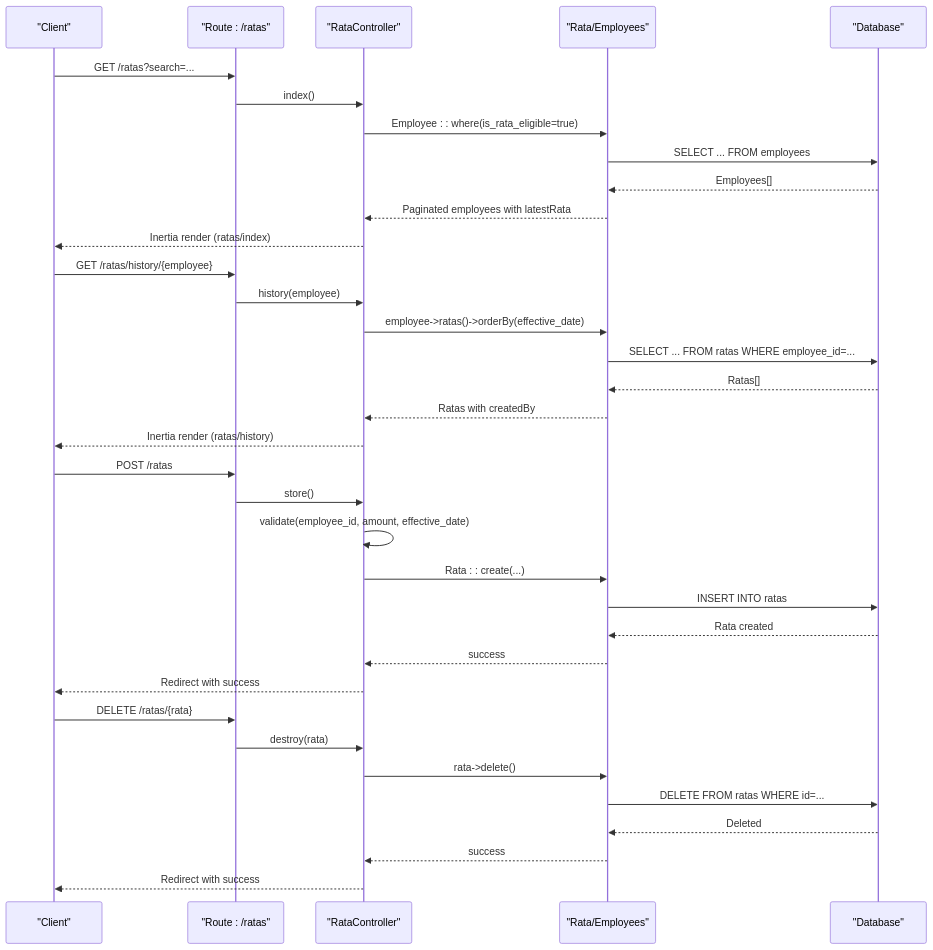
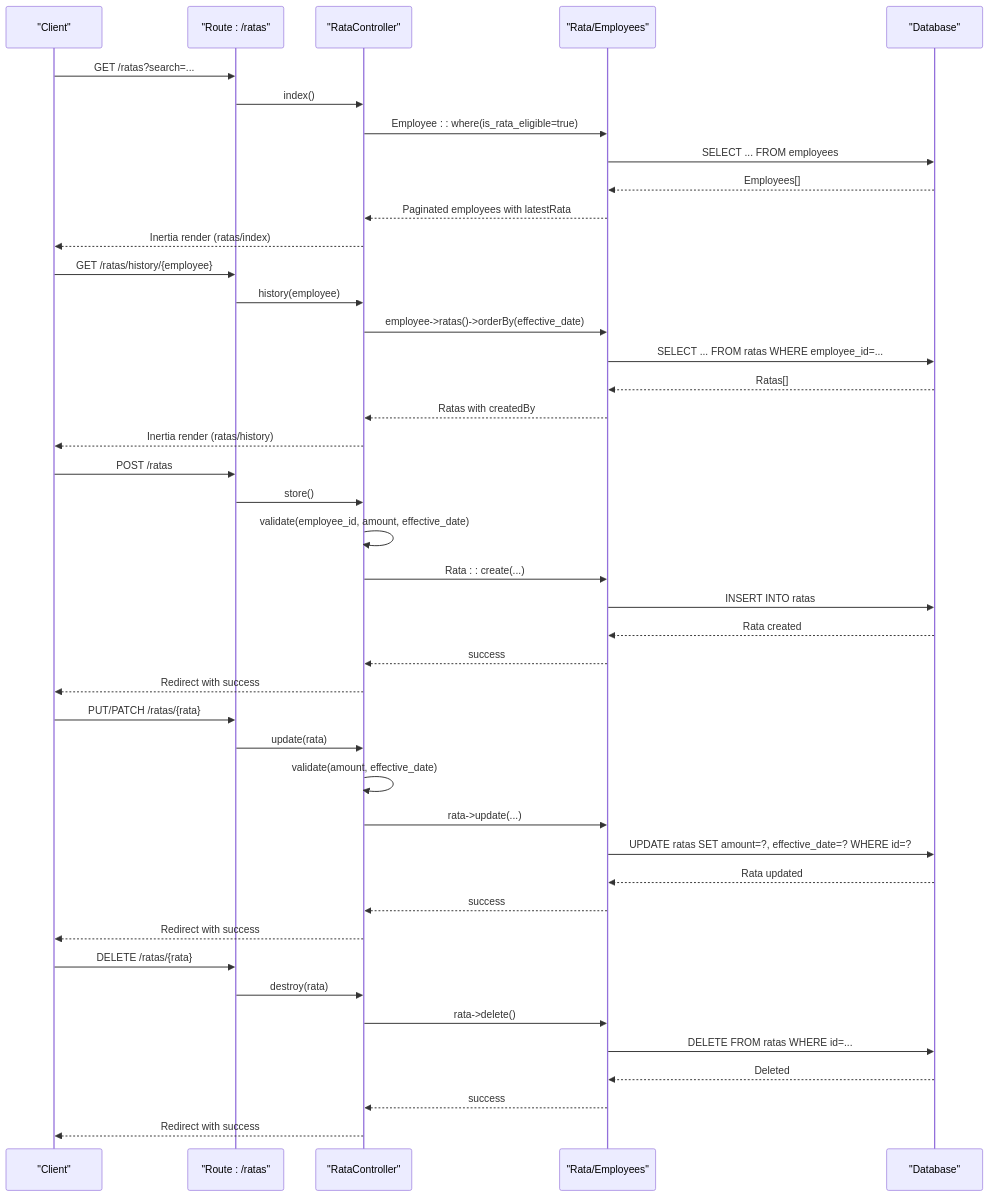
The second of 4 diagrams in .qoder/repowiki/en/content/API Documentation/Payroll Management API/RATA Deduction API.md (vincet0t15/template), drawn with Mermaid before and after one commit. The commit also changed other lines of this file and 11 other files, not shown here.

````diff
--- a/.qoder/repowiki/en/content/API Documentation/Payroll Management API/RATA Deduction API.md
+++ b/.qoder/repowiki/en/content/API Documentation/Payroll Management API/RATA Deduction API.md
@@ -109,37 +119,45 @@
 ```mermaid
 sequenceDiagram
 participant Client as "Client"
 participant Route as "Route : /ratas"
 participant Controller as "RataController"
 participant Model as "Rata/Employees"
 participant DB as "Database"
 Client->>Route : GET /ratas?search=...
 Route->>Controller : index()
 Controller->>Model : Employee : : where(is_rata_eligible=true)
 Model->>DB : SELECT ... FROM employees
 DB-->>Model : Employees[]
 Model-->>Controller : Paginated employees with latestRata
 Controller-->>Client : Inertia render (ratas/index)
 Client->>Route : GET /ratas/history/{employee}
 Route->>Controller : history(employee)
 Controller->>Model : employee->ratas()->orderBy(effective_date)
 Model->>DB : SELECT ... FROM ratas WHERE employee_id=...
 DB-->>Model : Ratas[]
 Model-->>Controller : Ratas with createdBy
 Controller-->>Client : Inertia render (ratas/history)
 Client->>Route : POST /ratas
 Route->>Controller : store()
 Controller->>Controller : validate(employee_id, amount, effective_date)
 Controller->>Model : Rata : : create(...)
 Model->>DB : INSERT INTO ratas
 DB-->>Model : Rata created
 Model-->>Controller : success
 Controller-->>Client : Redirect with success
+Client->>Route : PUT/PATCH /ratas/{rata}
+Route->>Controller : update(rata)
+Controller->>Controller : validate(amount, effective_date)
+Controller->>Model : rata->update(...)
+Model->>DB : UPDATE ratas SET amount=?, effective_date=? WHERE id=?
+DB-->>Model : Rata updated
+Model-->>Controller : success
+Controller-->>Client : Redirect with success
 Client->>Route : DELETE /ratas/{rata}
 Route->>Controller : destroy(rata)
 Controller->>Model : rata->delete()
 Model->>DB : DELETE FROM ratas WHERE id=...
 DB-->>Model : Deleted
 Model-->>Controller : success
 Controller-->>Client : Redirect with success
 ```
````
